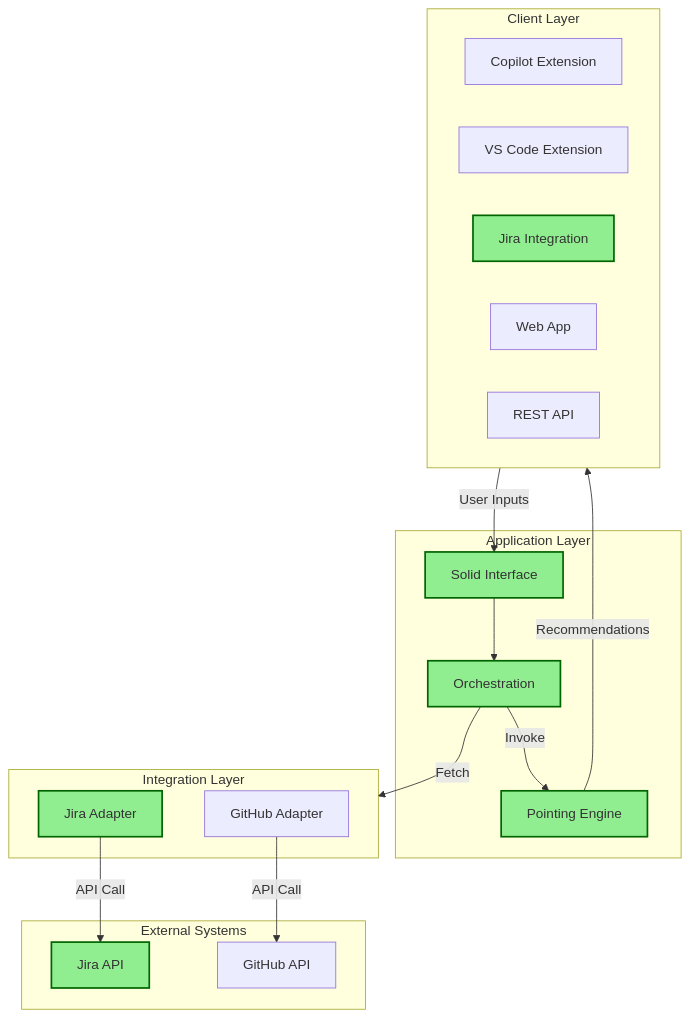
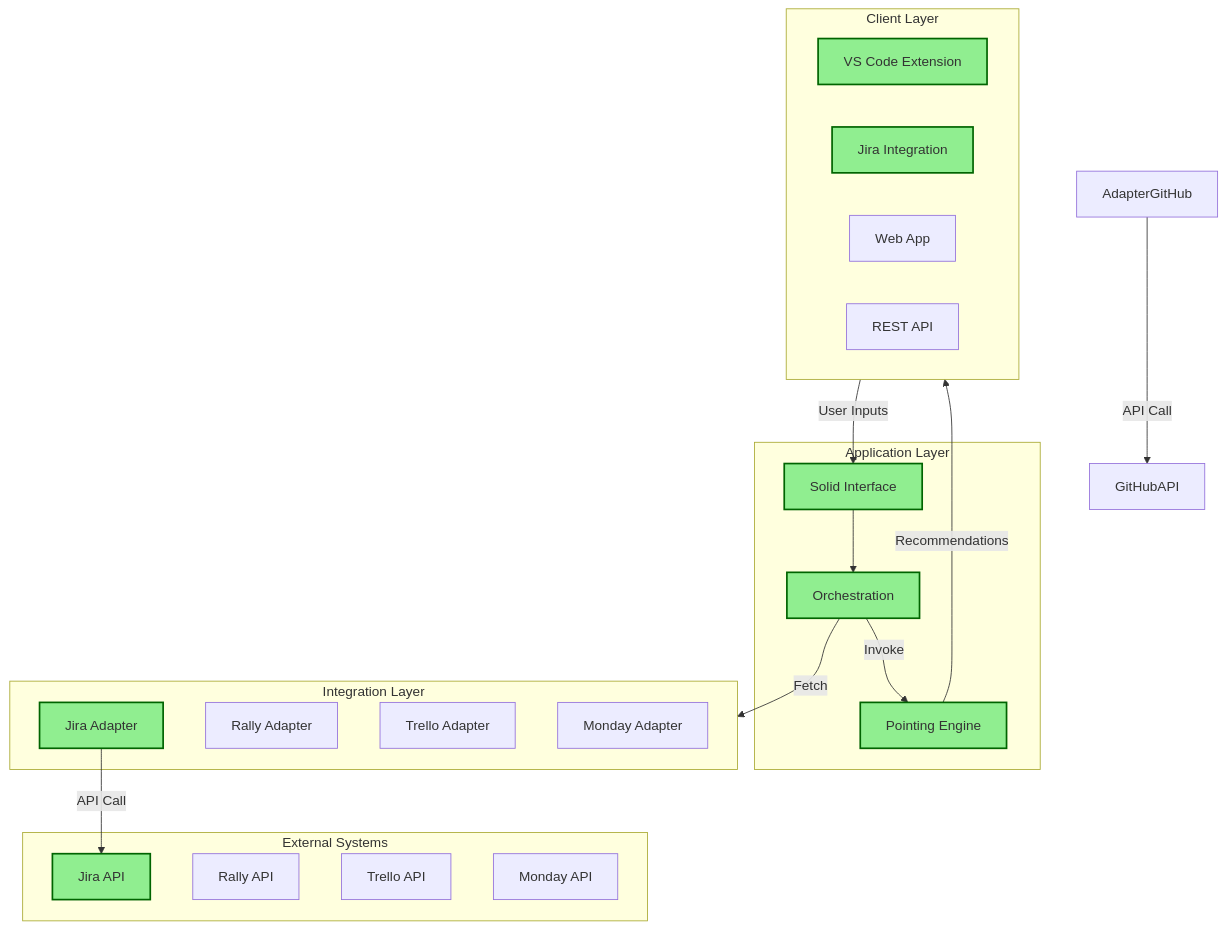
The diagram in ARCHITECTURE.mmd (stevenrein20/point.less), drawn with Mermaid before and after one commit. The commit also changed 16 other files, not shown here.

First line of the commit message:
feat(vscode): add VS Code extension for AI-powered story point estimation

```diff
--- a/ARCHITECTURE.mmd
+++ b/ARCHITECTURE.mmd
@@ -1,39 +1,41 @@
 
 graph TD
 
 %% Style definitions for completed components
 classDef completed fill:#90EE90,stroke:#006400,stroke-width:2px
 
 subgraph Client[Client Layer]
-    %% Copilot Extension - Should store in the .pointless file. Should authenicate to OpenAI and Jira by using API keys in the extension settings?.
-    UI[Copilot Extension] 
-    UI2[VS Code Extension]
+    UI2[VS Code Extension]:::completed
     UI3[Jira Integration]:::completed
     %% Web App - Should store context (ref stories, custom instruction). Should also have a way to download it to some file format like .pointless. in local storage. Should authenicate to Jira to pull stories, should have fields to do stories locally too, OpenAI should use my Key and we should have Firebase Auth.
     UI4[Web App] 
     UI5[REST API]
 end
 
 subgraph Logic[Application Layer]
     Interface[Solid Interface]:::completed
     Orchestration[Orchestration]:::completed
     CoreEngine[Pointing Engine]:::completed
 end
 
 subgraph Integration[Integration Layer]
     AdapterJira[Jira Adapter]:::completed
-    AdapterGitHub[GitHub Adapter]
+    AdapterRally[Rally Adapter]
+    AdapterTrello[Trello Adapter]
+    AdapterMonday[Monday Adapter]
 end
 
 subgraph External[External Systems]
     JiraAPI[Jira API]:::completed
-    GitHubAPI[GitHub API]
+    RallyAPI[Rally API]
+    TrelloAPI[Trello API]
+    MondayAPI[Monday API]
 end
 
 Client -->|User Inputs| Interface
 Interface --> Orchestration
 Orchestration -->|Fetch| Integration
 AdapterJira -->|API Call| JiraAPI
 AdapterGitHub -->|API Call| GitHubAPI
 Orchestration -->|Invoke| CoreEngine
 CoreEngine -->|Recommendations| Client
```
